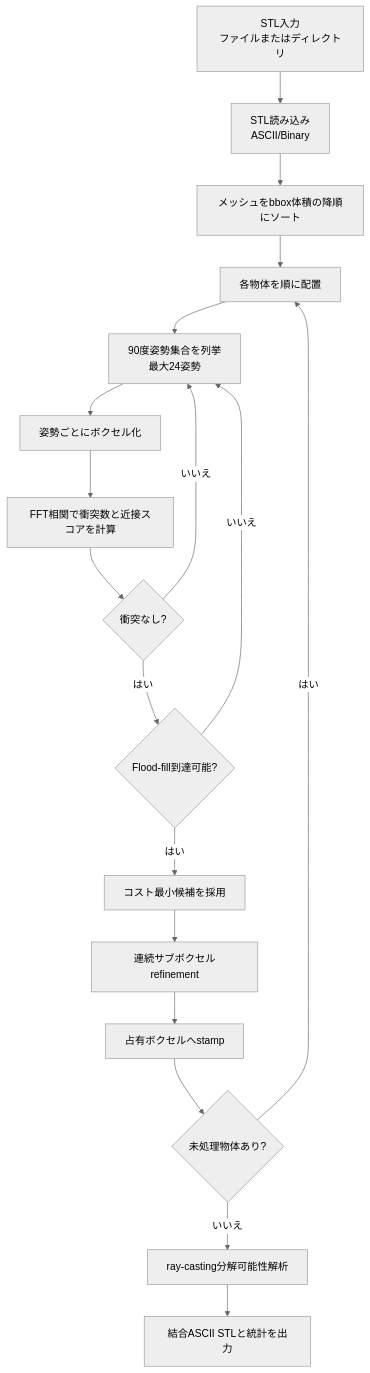
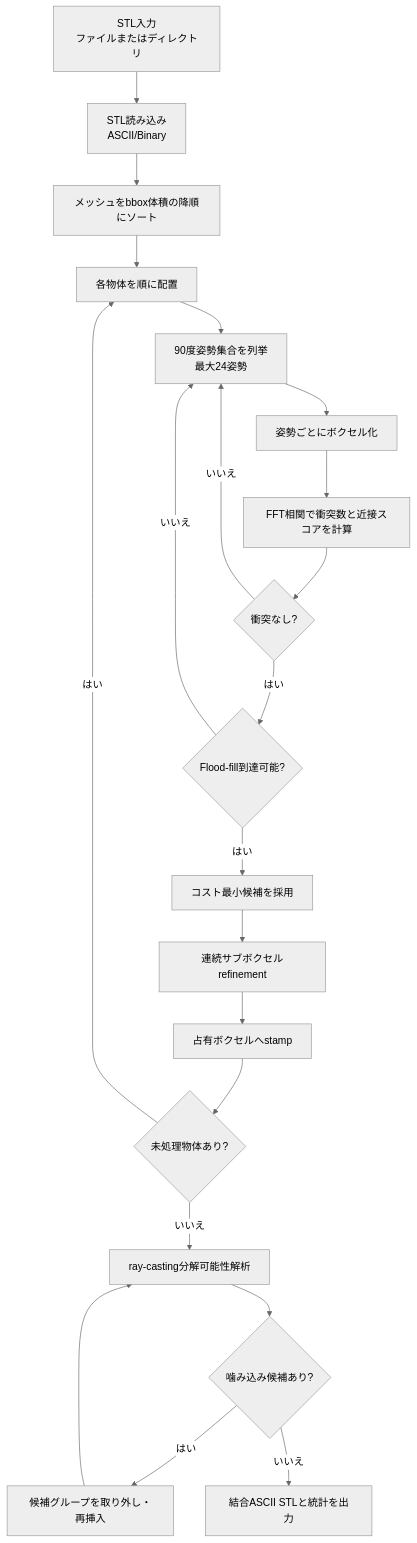
The first of 9 diagrams in docs/implementation-details.md (tanashou1/3d-packing), drawn with Mermaid (neutral theme) before and after one commit. The commit also changed other lines of this file and 2 other files, not shown here.

````diff
--- a/docs/implementation-details.md
+++ b/docs/implementation-details.md
@@ -25,20 +25,23 @@
 ```mermaid
 flowchart TD
     A[STL入力<br>ファイルまたはディレクトリ] --> B[STL読み込み<br>ASCII/Binary]
     B --> C[メッシュをbbox体積の降順にソート]
     C --> D[各物体を順に配置]
     D --> E[90度姿勢集合を列挙<br>最大24姿勢]
     E --> F[姿勢ごとにボクセル化]
     F --> G[FFT相関で衝突数と近接スコアを計算]
     G --> H{衝突なし?}
     H -- いいえ --> E
     H -- はい --> I{Flood-fill到達可能?}
     I -- いいえ --> E
     I -- はい --> J[コスト最小候補を採用]
     J --> K[連続サブボクセルrefinement]
     K --> L[占有ボクセルへstamp]
     L --> M{未処理物体あり?}
     M -- はい --> D
     M -- いいえ --> N[ray-casting分解可能性解析]
-    N --> O[結合ASCII STLと統計を出力]
+    N --> O{噛み込み候補あり?}
+    O -- はい --> P[候補グループを取り外し・再挿入]
+    P --> N
+    O -- いいえ --> Q[結合ASCII STLと統計を出力]
 ```
````
